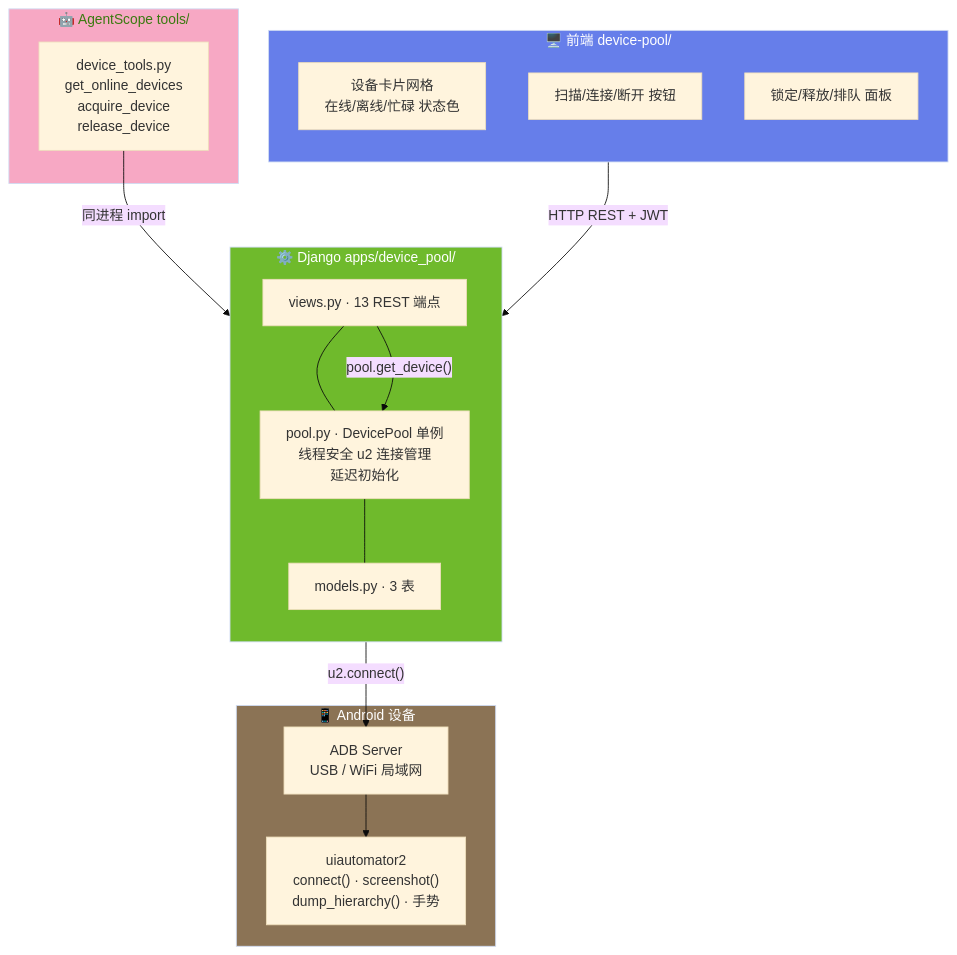
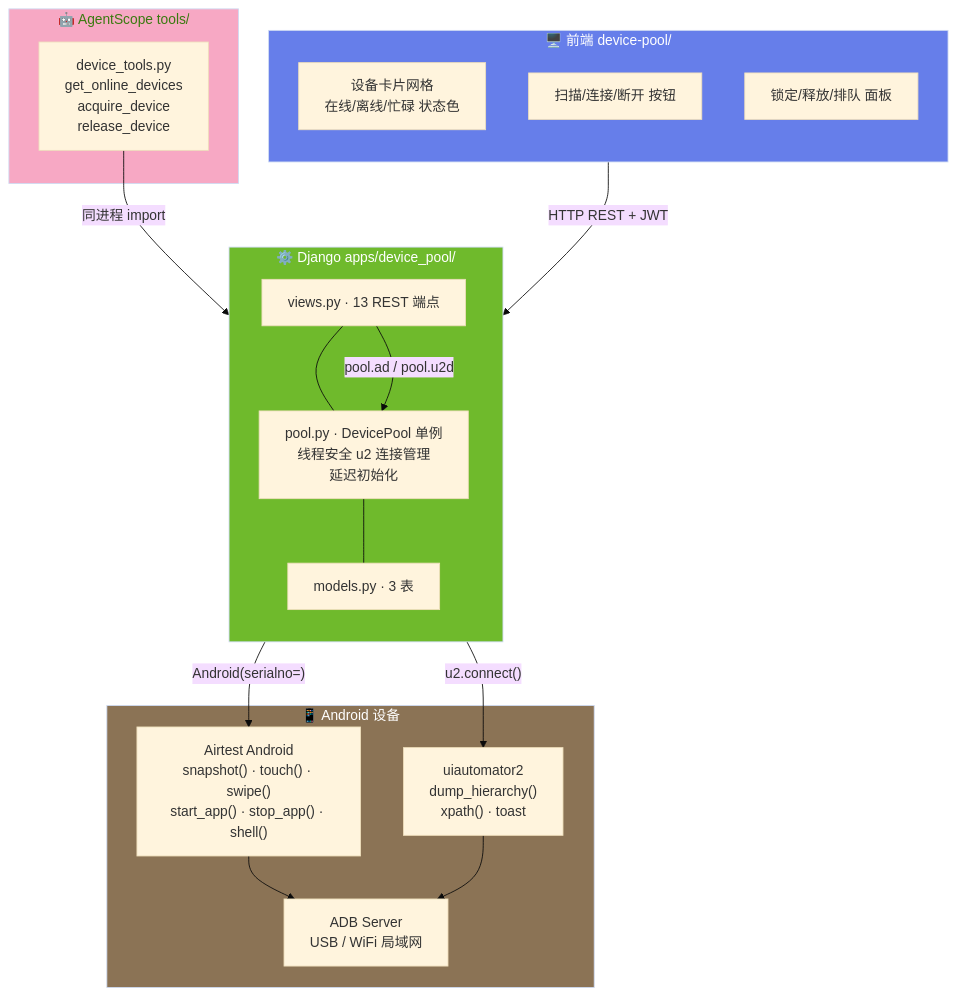
One commit to Kahoku-lazy/Android-AutoTests changed the first of 5 diagrams in dev_docs/03-设计与架构/ARCH-02-设备管理.md. Above: the diagram before and after it, drawn with Mermaid (base theme). The commit also changed other lines of this file and 201 other files, not shown here.

````diff
--- a/dev_docs/03-设计与架构/ARCH-02-设备管理.md
+++ b/dev_docs/03-设计与架构/ARCH-02-设备管理.md
@@ -25,37 +25,40 @@
 ```mermaid
 flowchart TB
     subgraph Frontend_DP["🖥️ 前端 device-pool/"]
         direction TB
         DeviceGrid["设备卡片网格<br/>在线/离线/忙碌 状态色"]
         ScanBtn["扫描/连接/断开 按钮"]
         LockPanel["锁定/释放/排队 面板"]
     end
 
     subgraph Django_DP["⚙️ Django apps/device_pool/"]
         direction TB
         Views["views.py · 13 REST 端点"]
         Pool["pool.py · DevicePool 单例<br/>线程安全 u2 连接管理<br/>延迟初始化"]
         Models["models.py · 3 表"]
         Views --- Pool --- Models
     end
 
     subgraph AgentScope_DP["🤖 AgentScope tools/"]
         DevTools["device_tools.py<br/>get_online_devices<br/>acquire_device<br/>release_device"]
     end
 
     subgraph Device_DP["📱 Android 设备"]
         ADB["ADB Server<br/>USB / WiFi 局域网"]
-        U2["uiautomator2<br/>connect() · screenshot()<br/>dump_hierarchy() · 手势"]
+        Airtest["Airtest Android<br/>snapshot() · touch() · swipe()<br/>start_app() · stop_app() · shell()"]
+        U2["uiautomator2<br/>dump_hierarchy()<br/>xpath() · toast"]
     end
 
     Frontend_DP -->|"HTTP REST + JWT"| Views
     DevTools -->|"同进程 import"| Views
-    Views -->|"pool.get_device()"| Pool
-    Pool -->|"u2.connect()"| ADB
-    ADB --> U2
+    Views -->|"pool.ad / pool.u2d"| Pool
+    Pool -->|"Android(serialno=)"| Airtest
+    Pool -->|"u2.connect()"| U2
+    Airtest --> ADB
+    U2 --> ADB
 
     style Frontend_DP fill:#667eea,color:#fff
     style Django_DP fill:#6fba2c,color:#fff
     style AgentScope_DP fill:#f7a8c4,color:#3a7a10
     style Device_DP fill:#8b7355,color:#fff
 ```
````
